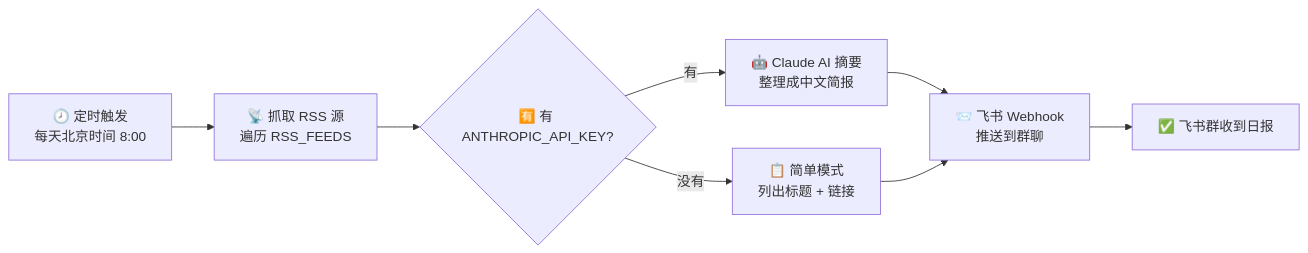
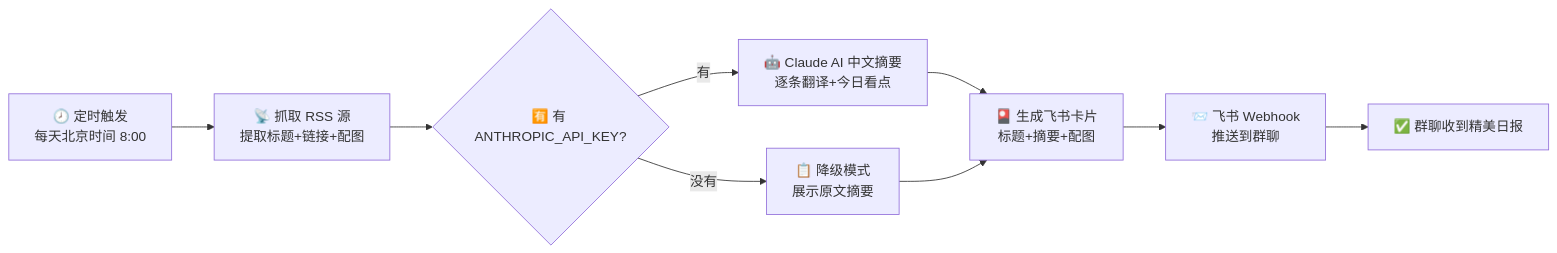
Before and after one commit to yoyolumin995-lab/ai-news-bot: the diagram in 项目方案.md, drawn with Mermaid. The commit also changed other lines of this file and 3 other files, not shown here.

Commit message:
升级：中文摘要+配图+飞书卡片格式

````diff
--- a/项目方案.md
+++ b/项目方案.md
@@ -17,10 +25,11 @@
 ```mermaid
 flowchart LR
-    A[🕗 定时触发<br/>每天北京时间 8:00] --> B[📡 抓取 RSS 源<br/>遍历 RSS_FEEDS]
+    A[🕗 定时触发<br/>每天北京时间 8:00] --> B[📡 抓取 RSS 源<br/>提取标题+链接+配图]
     B --> C{🈶 有 ANTHROPIC_API_KEY?}
-    C -->|有| D[🤖 Claude AI 摘要<br/>整理成中文简报]
-    C -->|没有| E[📋 简单模式<br/>列出标题 + 链接]
-    D --> F[📨 飞书 Webhook<br/>推送到群聊]
+    C -->|有| D[🤖 Claude AI 中文摘要<br/>逐条翻译+今日看点]
+    C -->|没有| E[📋 降级模式<br/>展示原文摘要]
+    D --> F[🎴 生成飞书卡片<br/>标题+摘要+配图]
     E --> F
-    F --> G[✅ 飞书群收到日报]
+    F --> G[📨 飞书 Webhook<br/>推送到群聊]
+    G --> H[✅ 群聊收到精美日报]
 ```
````
